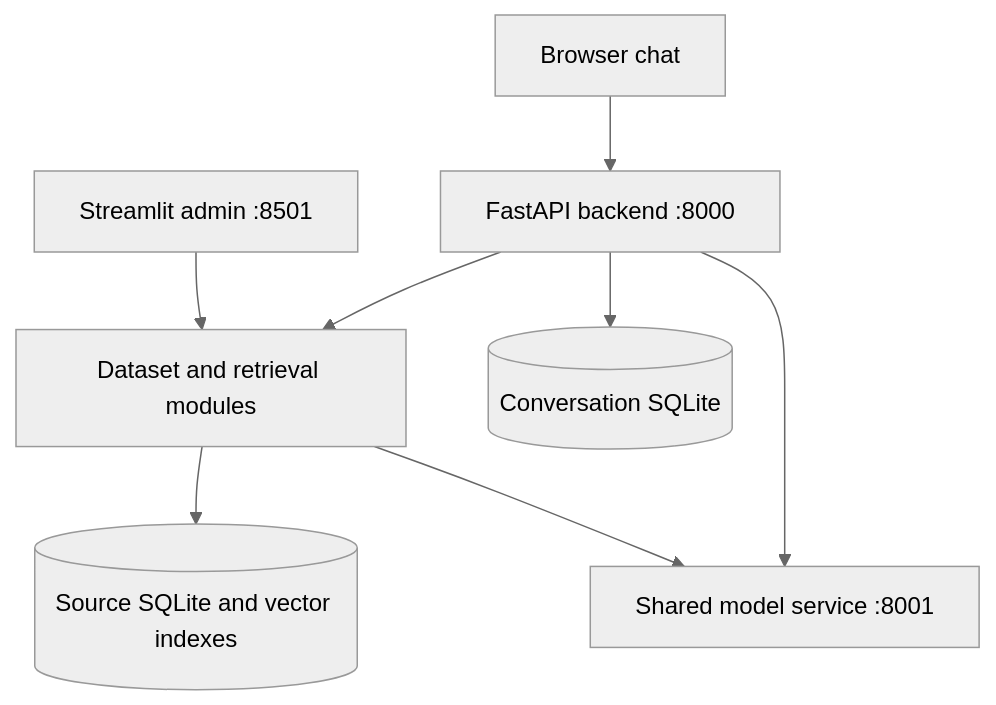
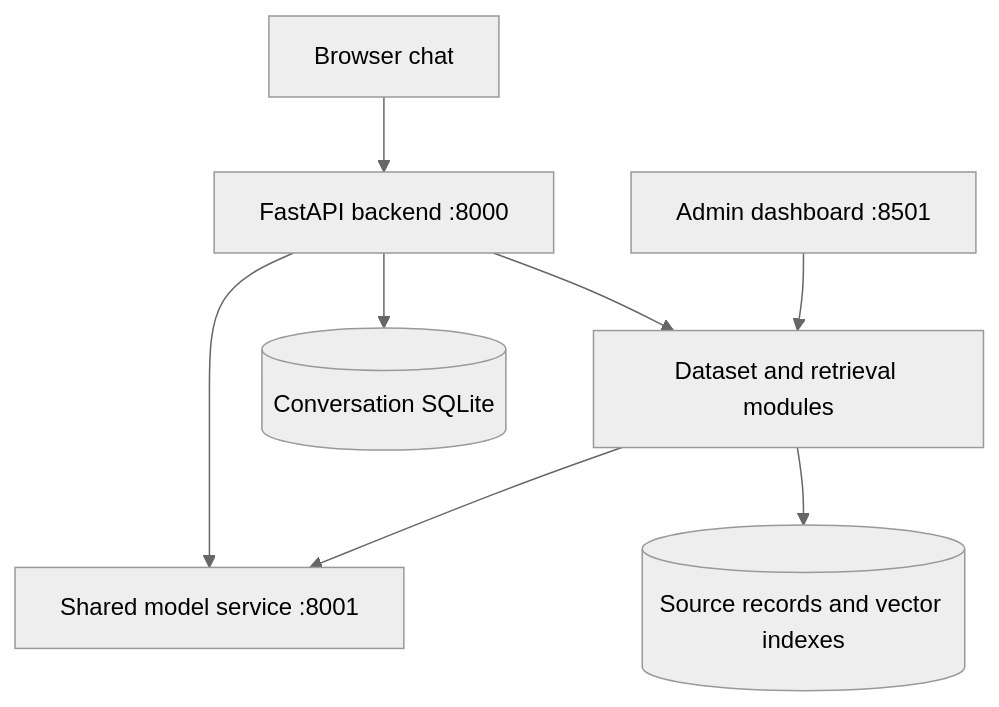
The diagram in README.md (h-nam-sys/Legal_LLM), drawn with Mermaid (neutral theme) before and after one commit. The commit also changed other lines of this file and 7 other files, not shown here.

````diff
--- a/README.md
+++ b/README.md
@@ -47,10 +114,10 @@
 ```mermaid
 flowchart TD
-    UI[Browser chat] --> API[FastAPI backend :8000]
-    Admin[Streamlit admin :8501] --> RAG[Dataset and retrieval modules]
-    API --> RAG
-    API --> DB[(Conversation SQLite)]
-    RAG --> Data[(Source SQLite and vector indexes)]
-    RAG --> Models[Shared model service :8001]
-    API --> Models
+    Chat[Browser chat] --> Backend[FastAPI backend :8000]
+    Admin[Admin dashboard :8501] --> RAG[Dataset and retrieval modules]
+    Backend --> RAG
+    Backend --> History[(Conversation SQLite)]
+    RAG --> Data[(Source records and vector indexes)]
+    Backend --> Models[Shared model service :8001]
+    RAG --> Models
 ```
````
